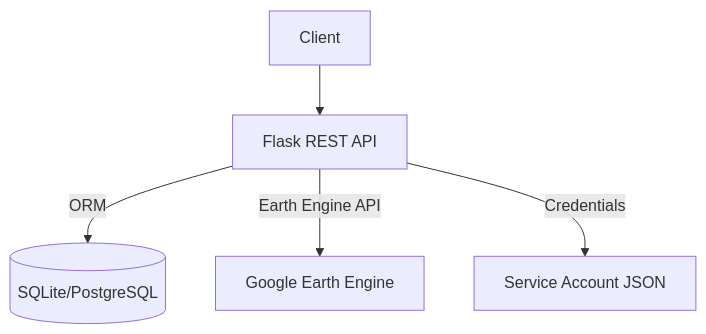
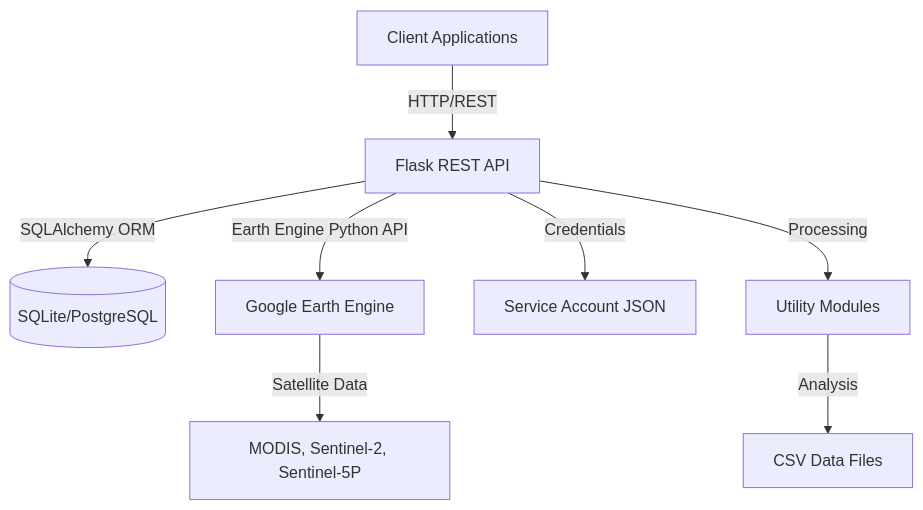
One commit to nasa-city-planning-engine/GreenGrowth_Fullstack changed the first of 3 diagrams in GreenGrowth_Backend/docs/GreenGrowth_Backend_Documentation.md. Above: the diagram before and after it, drawn with Mermaid. The commit also changed other lines of this file and 52 other files, not shown here.

````diff
--- a/GreenGrowth_Backend/docs/GreenGrowth_Backend_Documentation.md
+++ b/GreenGrowth_Backend/docs/GreenGrowth_Backend_Documentation.md
@@ -70,7 +180,10 @@
 ```mermaid
 graph TD;
-	Client-->API[Flask REST API];
-	API-->|ORM|DB[(SQLite/PostgreSQL)];
-	API-->|Earth Engine API|GEE[Google Earth Engine];
-	API-->|Credentials|Secrets[Service Account JSON];
+    Client[Client Applications]-->|HTTP/REST|API[Flask REST API];
+    API-->|SQLAlchemy ORM|DB[(SQLite/PostgreSQL)];
+    API-->|Earth Engine Python API|GEE[Google Earth Engine];
+    API-->|Credentials|Secrets[Service Account JSON];
+    GEE-->|Satellite Data|Datasets[MODIS, Sentinel-2, Sentinel-5P];
+    API-->|Processing|Utils[Utility Modules];
+    Utils-->|Analysis|Data[CSV Data Files];
 ```
````
